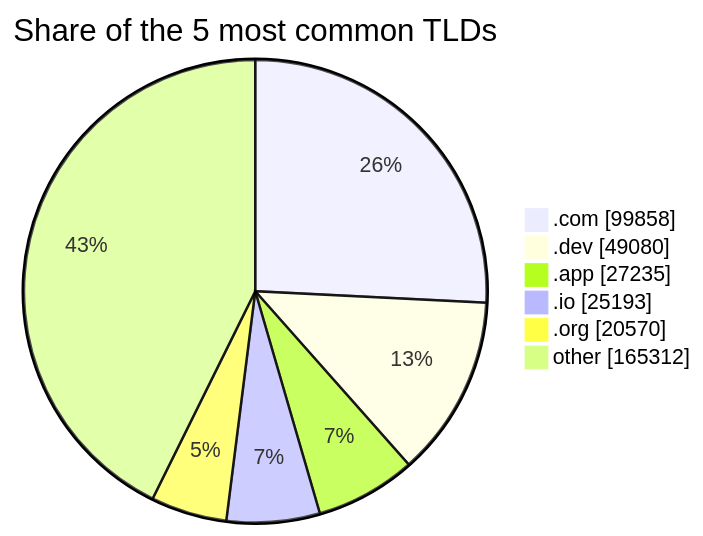
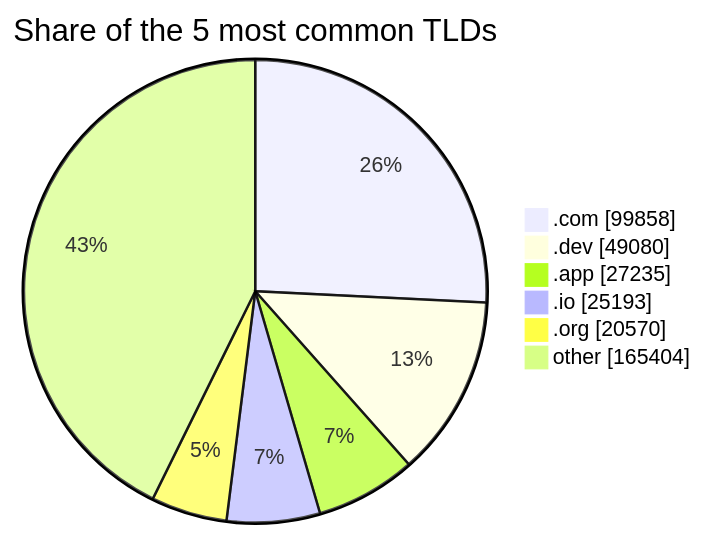
Before and after one commit to DNSBunker/CTI: the third of 3 diagrams in README.md, drawn with Mermaid. The commit also changed other lines of this file and 3 other files, not shown here.

````diff
--- a/README.md
+++ b/README.md
@@ -81,9 +81,9 @@
 ```mermaid
 pie showData title Share of the 5 most common TLDs
     ".com" : 99858
     ".dev" : 49080
     ".app" : 27235
     ".io" : 25193
     ".org" : 20570
-    "other" : 165312
+    "other" : 165404
 ```
````
